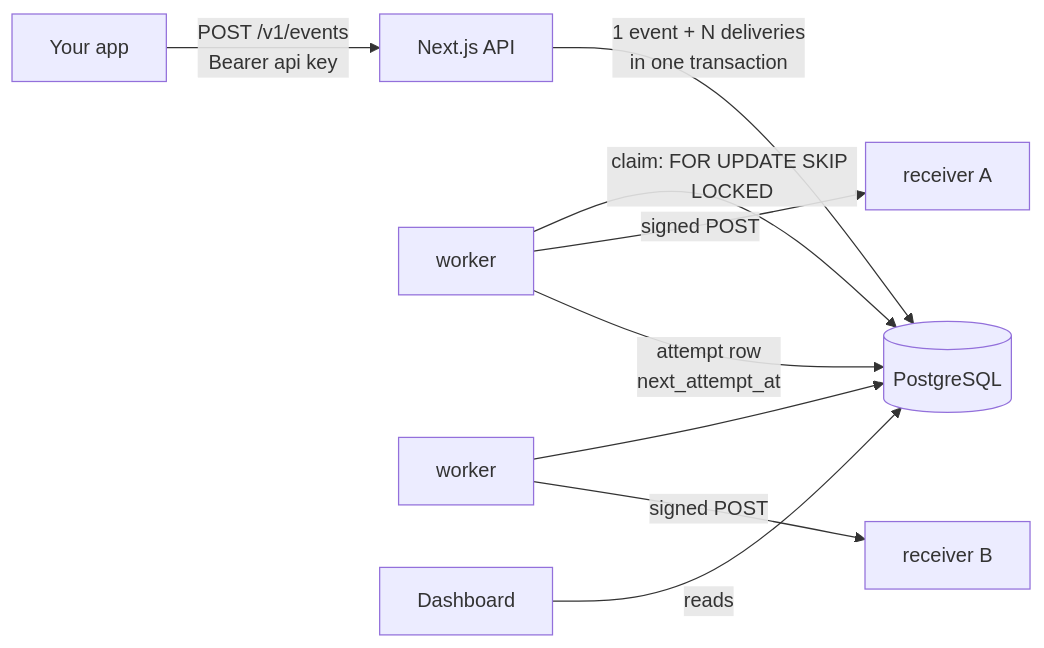
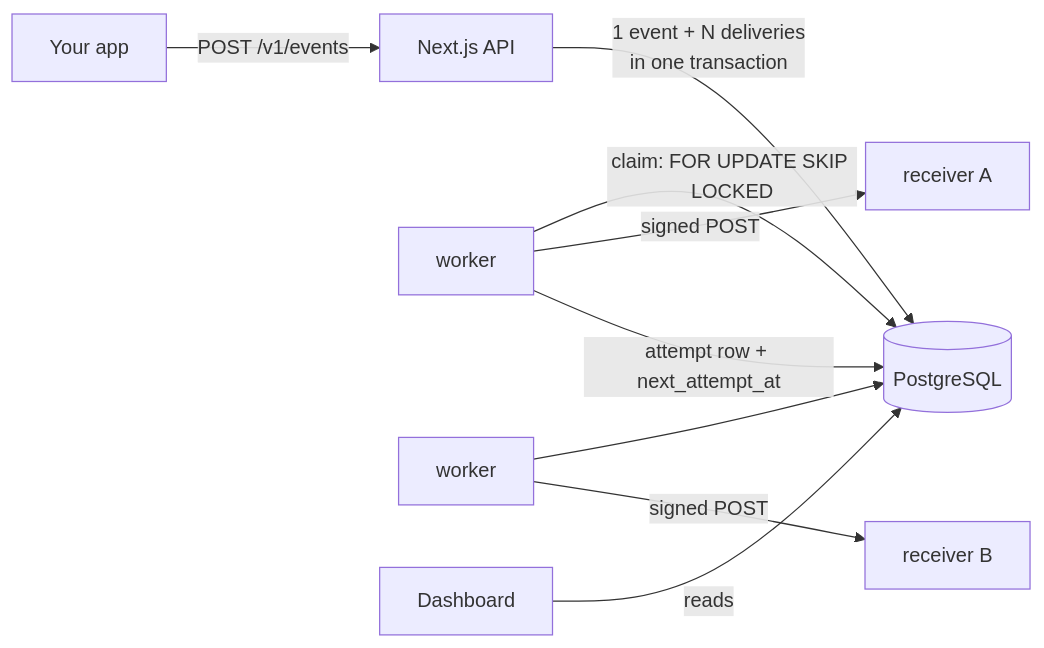
The diagram in README.md (Priyansh10ff/tether), drawn with Mermaid before and after one commit. The commit also changed other lines of this file and 1 other file, not shown here.

````diff
--- a/README.md
+++ b/README.md
@@ -36,11 +63,11 @@
 ```mermaid
 flowchart LR
-  App[Your app] -- "POST /v1/events<br/>Bearer api key" --> API[Next.js API]
+  App[Your app] -- "POST /v1/events" --> API[Next.js API]
   API -- "1 event + N deliveries<br/>in one transaction" --> PG[(PostgreSQL)]
   W1[worker] -- "claim: FOR UPDATE SKIP LOCKED" --> PG
   W2[worker] --> PG
   W1 -- "signed POST" --> R1[receiver A]
   W2 -- "signed POST" --> R2[receiver B]
-  W1 -- "attempt row<br/>next_attempt_at" --> PG
+  W1 -- "attempt row + next_attempt_at" --> PG
   Dash[Dashboard] -- reads --> PG
 ```
````
